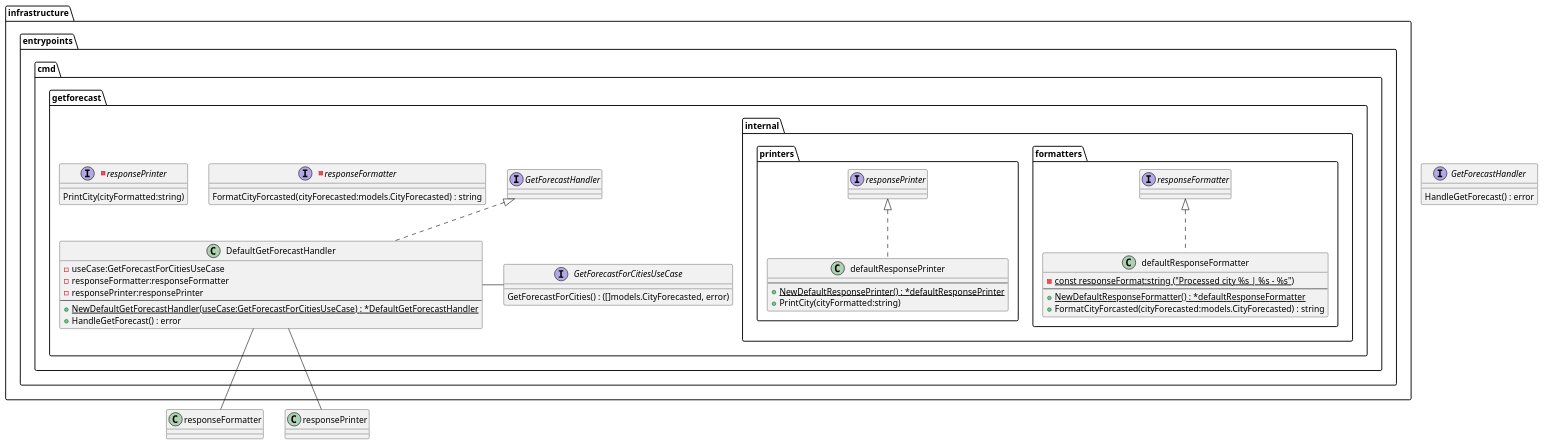
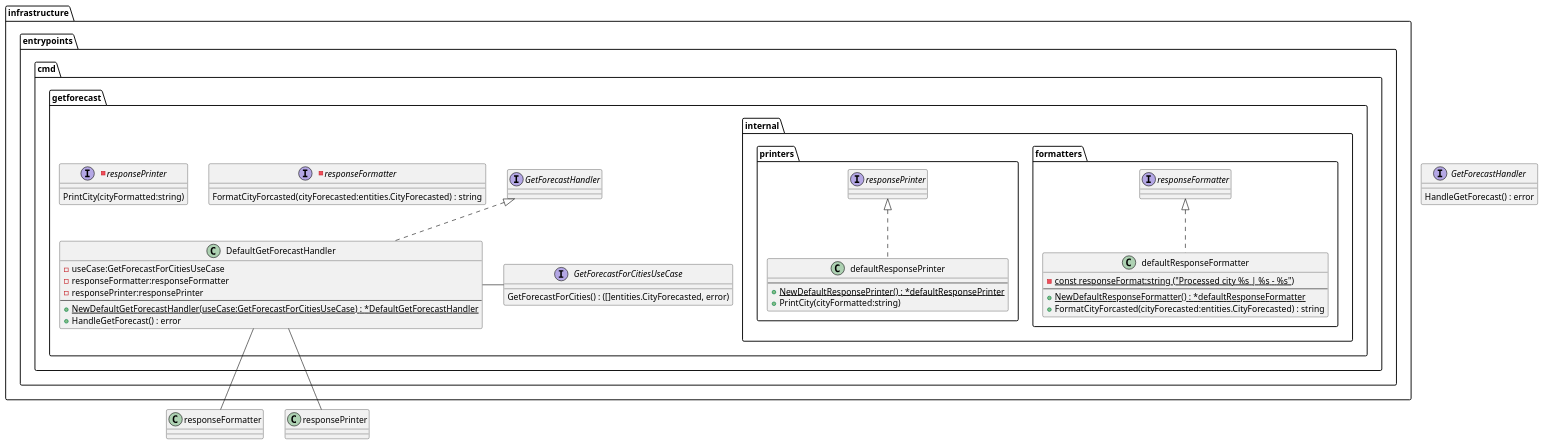
Before and after one commit to micoyeye22/TUITechHomework: the diagram in docs/usecases/getforecastforcities/handler/default_get_forecast_handler_class.puml, drawn with PlantUML. The commit also changed 15 other files, not shown here.

Commit message:
Added API design for setting and getting forecast for city

```diff
--- a/docs/usecases/getforecastforcities/handler/default_get_forecast_handler_class.puml
+++ b/docs/usecases/getforecastforcities/handler/default_get_forecast_handler_class.puml
@@ -1,53 +1,53 @@
 @startuml
 
 interface GetForecastHandler {
     HandleGetForecast() : error
 }
 
 package "infrastructure.entrypoints.cmd.getforecast" {
     class DefaultGetForecastHandler implements GetForecastHandler {
         - useCase:GetForecastForCitiesUseCase
         - responseFormatter:responseFormatter
         - responsePrinter:responsePrinter
         ---
         + {static} NewDefaultGetForecastHandler(useCase:GetForecastForCitiesUseCase) : *DefaultGetForecastHandler
         + HandleGetForecast() : error
     }
 
     interface GetForecastForCitiesUseCase {
-        GetForecastForCities() : ([]models.CityForecasted, error)
+        GetForecastForCities() : ([]entities.CityForecasted, error)
     }
 
     -interface responseFormatter {
-        FormatCityForcasted(cityForecasted:models.CityForecasted) : string
+        FormatCityForcasted(cityForecasted:entities.CityForecasted) : string
     }
 
     -interface responsePrinter {
         PrintCity(cityFormatted:string)
     }
 
     package "internal" {
         package "formatters" {
             class defaultResponseFormatter implements responseFormatter {
                 - {static} const responseFormat:string ("Processed city %s | %s - %s")
                 ---
                 + {static} NewDefaultResponseFormatter() : *defaultResponseFormatter
-                + FormatCityForcasted(cityForecasted:models.CityForecasted) : string
+                + FormatCityForcasted(cityForecasted:entities.CityForecasted) : string
             }
         }
 
         package "printers" {
             class defaultResponsePrinter implements responsePrinter {
                 ---
                 + {static} NewDefaultResponsePrinter() : *defaultResponsePrinter
                 + PrintCity(cityFormatted:string)
             }
         }
     }
 }
 
 DefaultGetForecastHandler - GetForecastForCitiesUseCase
 DefaultGetForecastHandler -- responseFormatter
 DefaultGetForecastHandler -- responsePrinter
 
 @enduml
```
